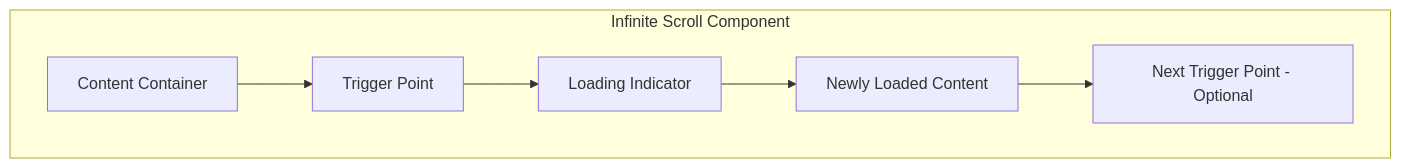
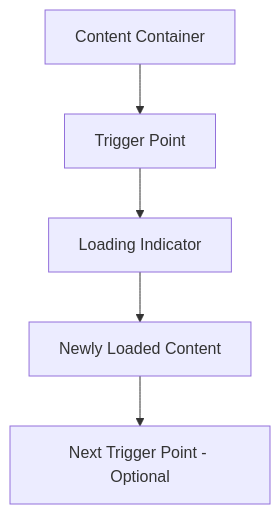
The diagram in apps/web/content/patterns/navigation/infinite-scroll.mdx (thedaviddias/ux-patterns-for-developers), drawn with Mermaid before and after one commit. The commit also changed other lines of this file and 19 other files, not shown here.

````diff
--- a/apps/web/content/patterns/navigation/infinite-scroll.mdx
+++ b/apps/web/content/patterns/navigation/infinite-scroll.mdx
@@ -99,9 +99,7 @@
 ```mermaid
 flowchart TB
-    subgraph InfiniteScroll[Infinite Scroll Component]
-        A[Content Container] --> B[Trigger Point]
-        B --> C[Loading Indicator]
-        C --> D[Newly Loaded Content]
-        D --> E[Next Trigger Point - Optional]
-    end
+A[Content Container] --> B[Trigger Point]
+B --> C[Loading Indicator]
+C --> D[Newly Loaded Content]
+D --> E[Next Trigger Point - Optional]
 ```
````
